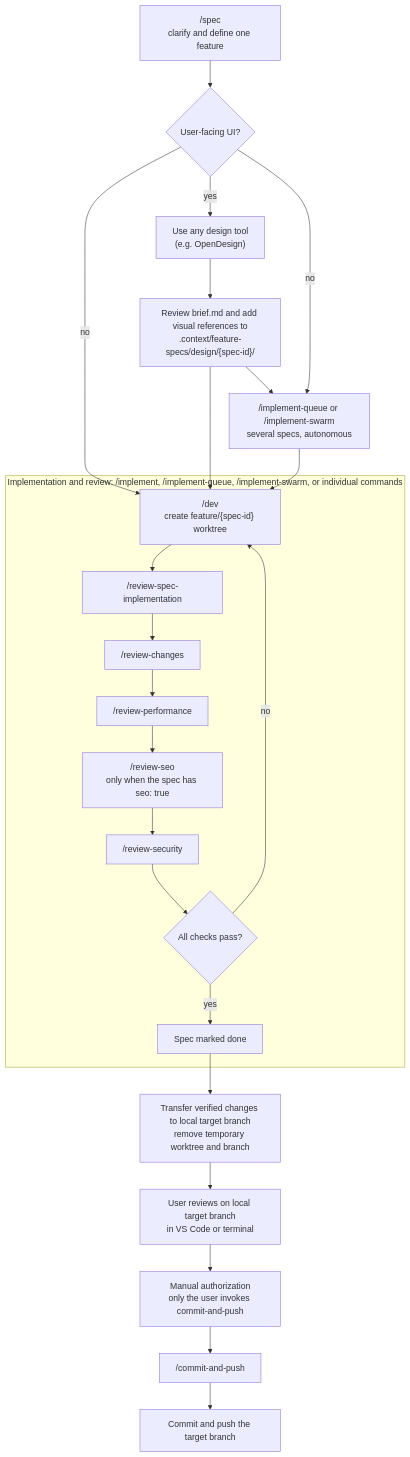
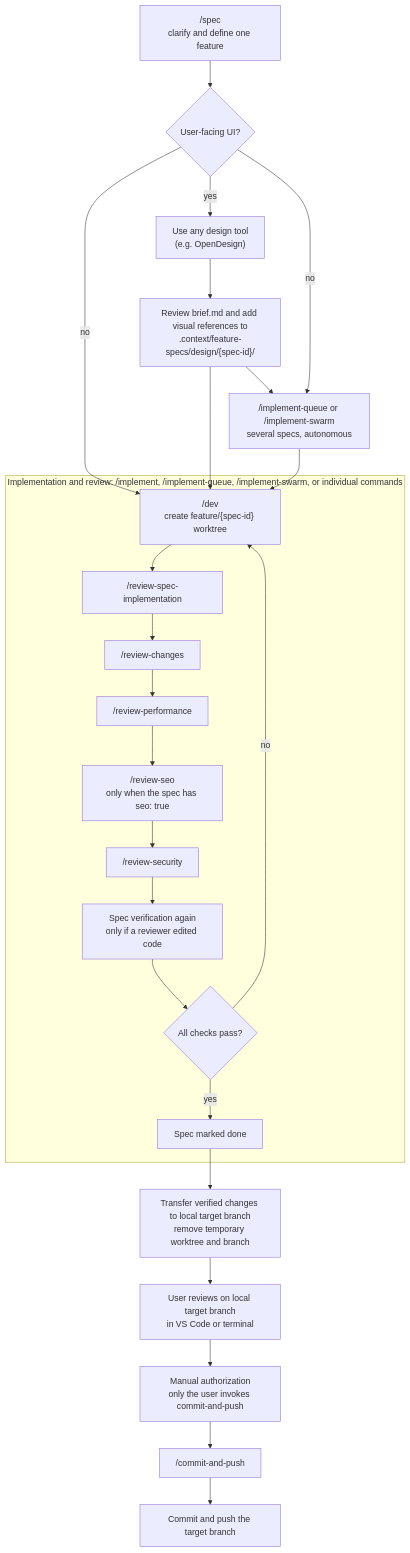
The fourth of 6 diagrams in README.md (the-blue-coder/agentic-starter), drawn with Mermaid before and after one commit. The commit also changed other lines of this file and 4 other files, not shown here.

Commit message:
re-run the spec verification when a reviewer edited code

````diff
--- a/README.md
+++ b/README.md
@@ -215,28 +215,29 @@
 ```mermaid
 flowchart TD
   spec["/spec<br/>clarify and define one feature"] --> ui{"User-facing UI?"}
   ui -- yes --> designTool["Use any design tool<br/>(e.g. OpenDesign)"]
   designTool --> export["Review brief.md and add visual references to<br/>.context/feature-specs/design/{spec-id}/"]
   ui -- no --> dev["/dev<br/>create feature/{spec-id} worktree"]
   export --> dev
   export --> batch["/implement-queue or /implement-swarm<br/>several specs, autonomous"]
   ui -- no --> batch
   batch --> dev
 
   subgraph reviewLoop["Implementation and review: /implement, /implement-queue, /implement-swarm, or individual commands"]
     dev --> verify["/review-spec-implementation"]
     verify --> conventions["/review-changes"]
     conventions --> performance["/review-performance"]
     performance --> seo["/review-seo<br/>only when the spec has seo: true"]
     seo --> security["/review-security"]
-    security --> clean{"All checks pass?"}
+    security --> recheck["Spec verification again<br/>only if a reviewer edited code"]
+    recheck --> clean{"All checks pass?"}
     clean -- no --> dev
     clean -- yes --> done["Spec marked done"]
   end
 
   done --> handoff["Transfer verified changes to local target branch<br/>remove temporary worktree and branch"]
   handoff --> localReview["User reviews on local target branch<br/>in VS Code or terminal"]
   localReview --> gate["Manual authorization<br/>only the user invokes commit-and-push"]
   gate --> ship["/commit-and-push"]
   ship --> pushed["Commit and push the target branch"]
 ```
````
